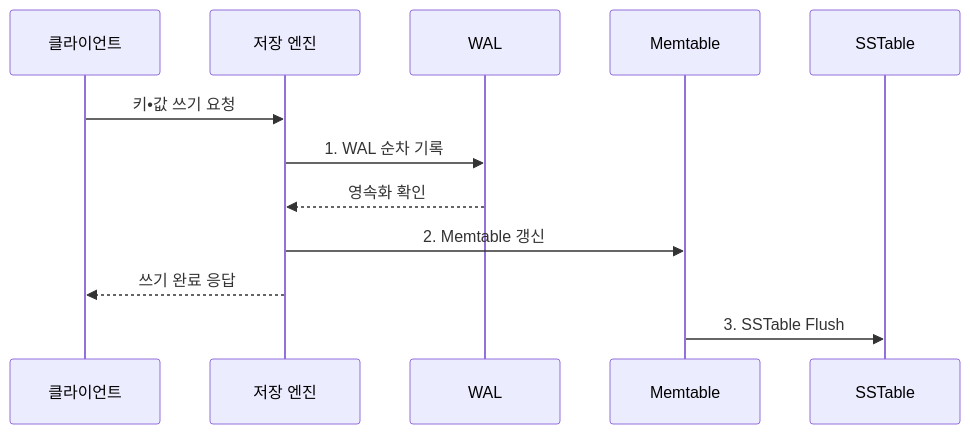
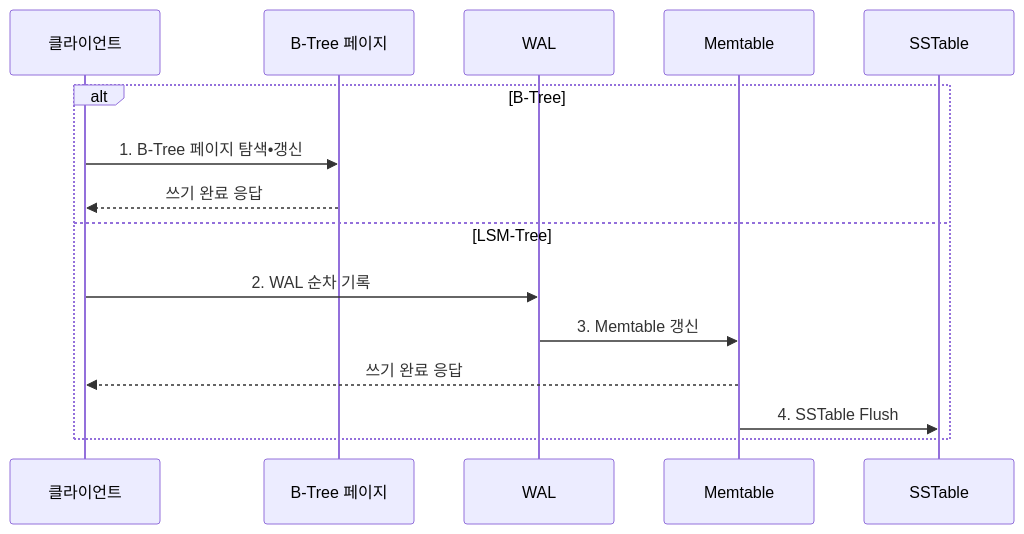
The second of 2 diagrams in src/content/docs/notes/03-software/097_btree_vs_lsm_tree.md (agnusdei1207/knowledge-base), drawn with Mermaid before and after one commit. The commit also changed other lines of this file and 15 other files, not shown here.

````diff
--- a/src/content/docs/notes/03-software/097_btree_vs_lsm_tree.md
+++ b/src/content/docs/notes/03-software/097_btree_vs_lsm_tree.md
@@ -109,14 +110,17 @@
 ```mermaid
 sequenceDiagram
     participant C as 클라이언트
-    participant E as 저장 엔진
+    participant B as B-Tree 페이지
     participant W as WAL
     participant M as Memtable
     participant S as SSTable
-    C->>E: 키•값 쓰기 요청
-    E->>W: 1. WAL 순차 기록
-    W-->>E: 영속화 확인
-    E->>M: 2. Memtable 갱신
-    E-->>C: 쓰기 완료 응답
-    M->>S: 3. SSTable Flush
+    alt B-Tree
+        C->>B: 1. B-Tree 페이지 탐색•갱신
+        B-->>C: 쓰기 완료 응답
+    else LSM-Tree
+        C->>W: 2. WAL 순차 기록
+        W->>M: 3. Memtable 갱신
+        M-->>C: 쓰기 완료 응답
+        M->>S: 4. SSTable Flush
+    end
 ```
````
